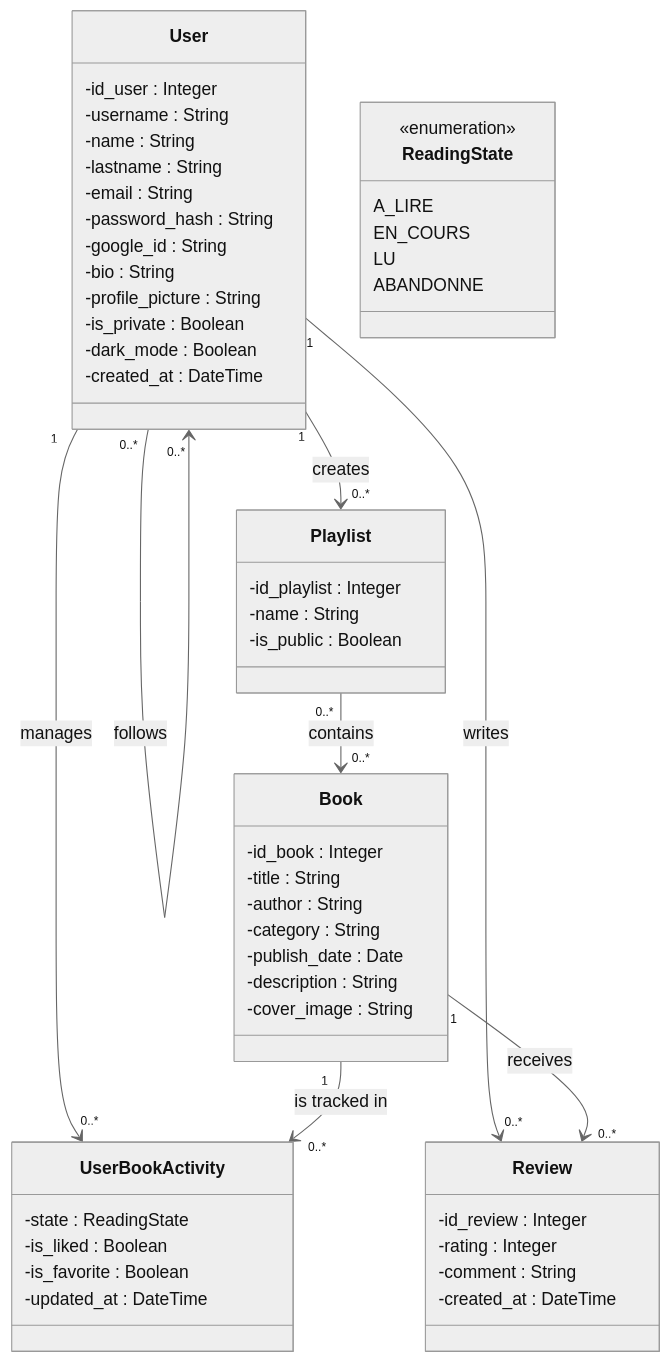
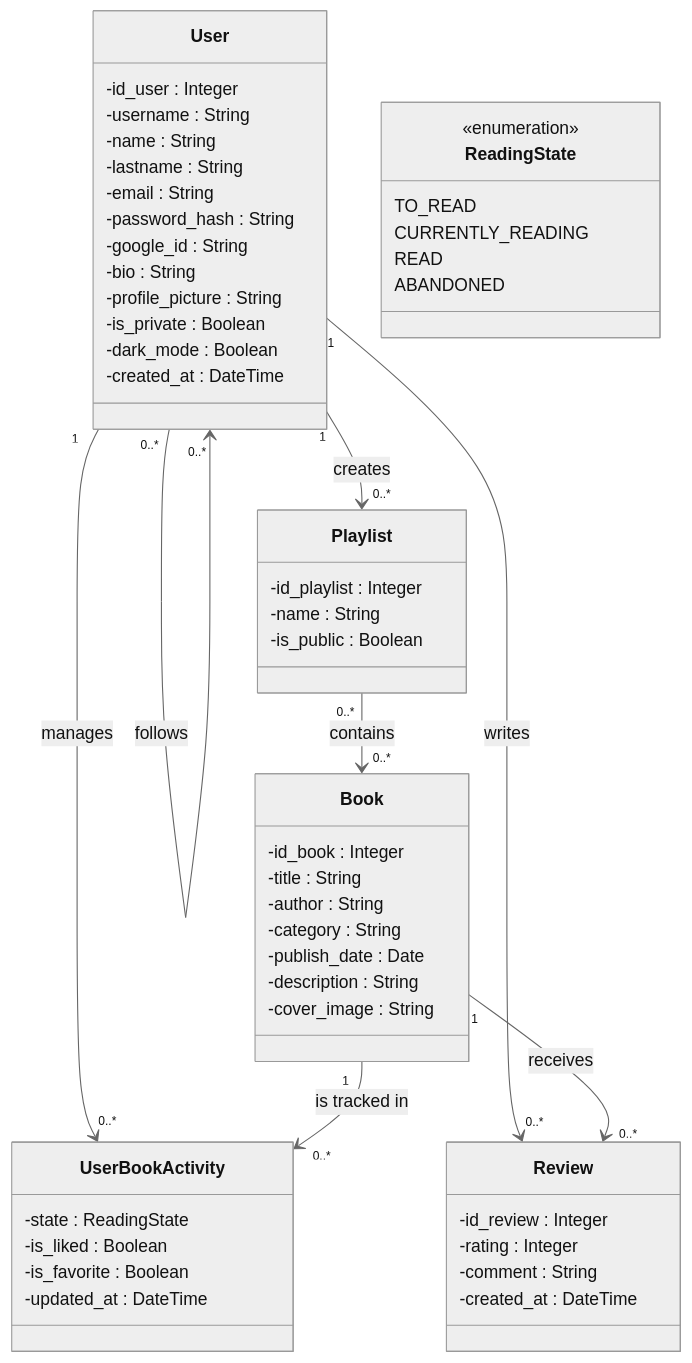
The diagram in doc/class_diagram.md (kevinbrgl/ensai-it-project-2a-team-27-), drawn with Mermaid before and after one commit.

Commit message:
translate ReadingState enum values to English in class diagram

````diff
--- a/doc/class_diagram.md
+++ b/doc/class_diagram.md
@@ -3,70 +3,70 @@
 ```mermaid
 %%{init: {'theme': 'neutral'}}%%
 classDiagram
     direction TB
 
     class User {
         -id_user : Integer
         -username : String
         -name : String
         -lastname : String
         -email : String
         -password_hash : String
         -google_id : String
         -bio : String
         -profile_picture : String
         -is_private : Boolean
         -dark_mode : Boolean
         -created_at : DateTime
     }
 
     class Book {
         -id_book : Integer
         -title : String
         -author : String
         -category : String
         -publish_date : Date
         -description : String
         -cover_image : String
     }
 
     class ReadingState {
         <<enumeration>>
-        A_LIRE
-        EN_COURS
-        LU
-        ABANDONNE
+        TO_READ
+        CURRENTLY_READING
+        READ
+        ABANDONED
     }
 
     class UserBookActivity {
         -state : ReadingState
         -is_liked : Boolean
         -is_favorite : Boolean
         -updated_at : DateTime
     }
 
     class Review {
         -id_review : Integer
         -rating : Integer
         -comment : String
         -created_at : DateTime
     }
 
     class Playlist {
         -id_playlist : Integer
         -name : String
         -is_public : Boolean
     }
 
     %% Relations
     User "1" --> "0..*" UserBookActivity : manages
     Book "1" --> "0..*" UserBookActivity : is tracked in
     
     User "1" --> "0..*" Review : writes
     Book "1" --> "0..*" Review : receives
     
     User "1" --> "0..*" Playlist : creates
     Playlist "0..*" --> "0..*" Book : contains
     
     User "0..*" --> "0..*" User : follows
 ```
````
